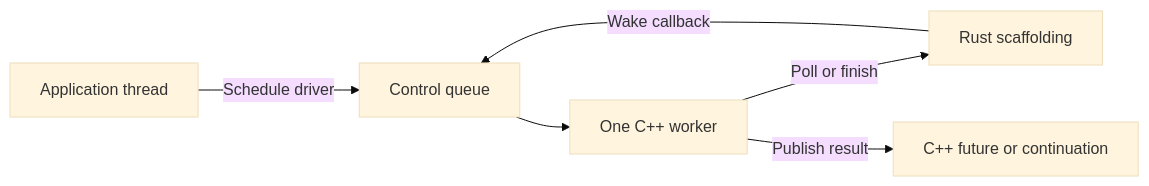
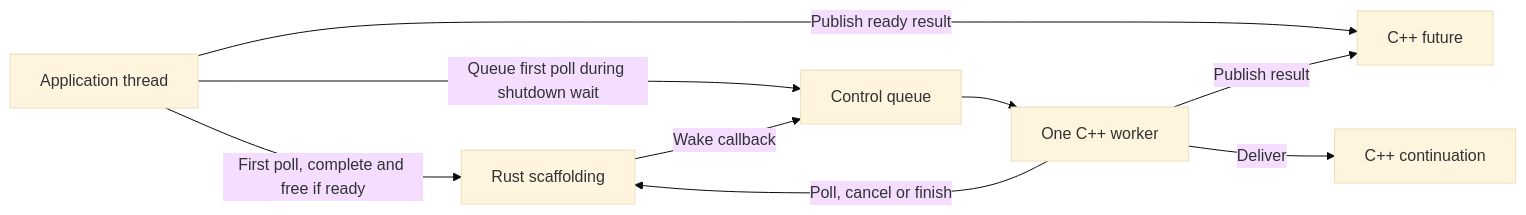
Before and after one commit to livekit/uniffi-bindgen-cpp: the second of 3 diagrams in docs/ASYNC_RUNTIME.md, drawn with Mermaid (base theme). The commit also changed other lines of this file and 1 other file, not shown here.

Commit message:
Document caller-thread polling and executor shutdown

````diff
--- a/docs/ASYNC_RUNTIME.md
+++ b/docs/ASYNC_RUNTIME.md
@@ -69,8 +95,11 @@
 ```mermaid
 flowchart LR
-    A[Application thread] -->|Schedule driver| Q[Control queue]
+    A[Application thread] -->|First poll, complete and free if ready| R[Rust scaffolding]
+    A -->|Publish ready result| F[C++ future]
+    A -->|Queue first poll during shutdown wait| Q[Control queue]
     Q --> W[One C++ worker]
-    W -->|Poll or finish| R[Rust scaffolding]
+    W -->|Poll, cancel or finish| R
     R -->|Wake callback| Q
-    W -->|Publish result| F[C++ future or continuation]
+    W -->|Publish result| F
+    W -->|Deliver| T[C++ continuation]
 ```
````
